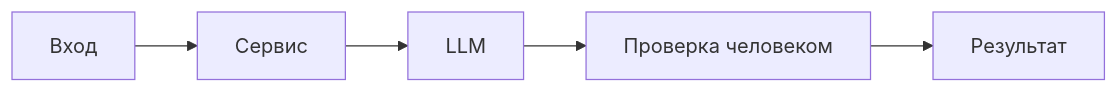
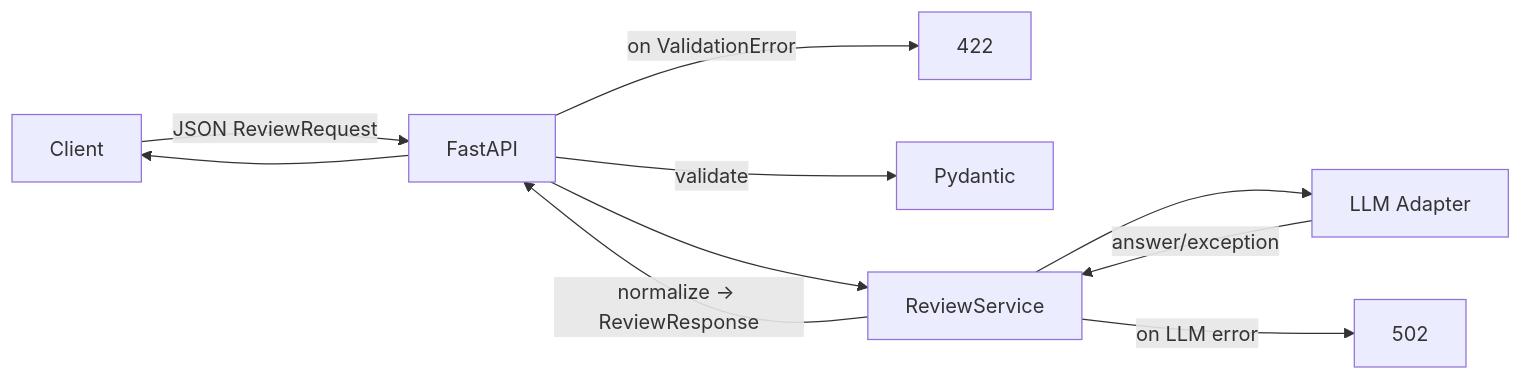
The diagram in practices/practice_01/adr.md (ai-course-avito/ITMOv2), drawn with Mermaid before and after one commit. The commit also changed other lines of this file and 19 other files, not shown here.

````diff
--- a/practices/practice_01/adr.md
+++ b/practices/practice_01/adr.md
@@ -30,7 +37,12 @@
 ```mermaid
 flowchart LR
-    Input[Вход] --> Service[Сервис]
-    Service --> AI[LLM]
-    AI --> Check[Проверка человеком]
-    Check --> Result[Результат]
+    Client -->|JSON ReviewRequest| API[FastAPI]
+    API -->|validate| Models[Pydantic]
+    API --> Svc[ReviewService]
+    Svc --> LLM[LLM Adapter]
+    LLM -->|answer/exception| Svc
+    Svc -->|normalize -> ReviewResponse| API
+    API --> Client
+    API -->|on ValidationError| 422[422]
+    Svc -->|on LLM error| 502[502]
 ```
````
